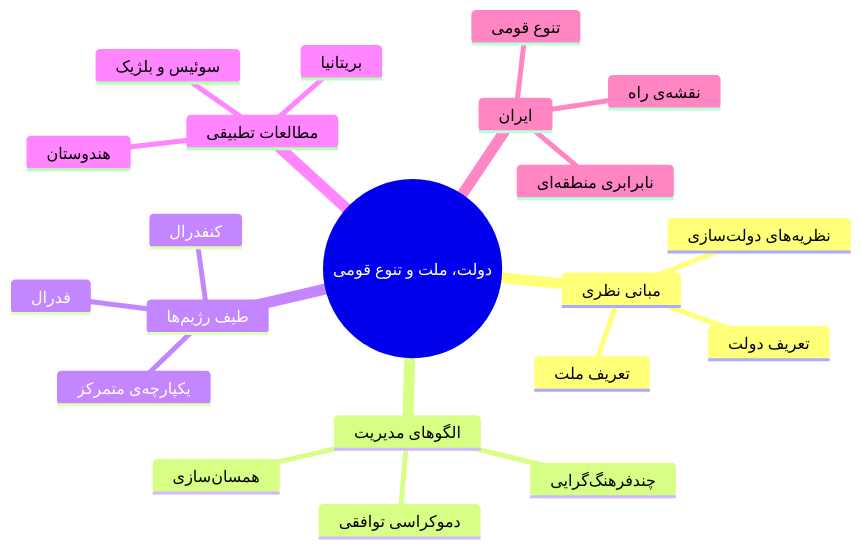
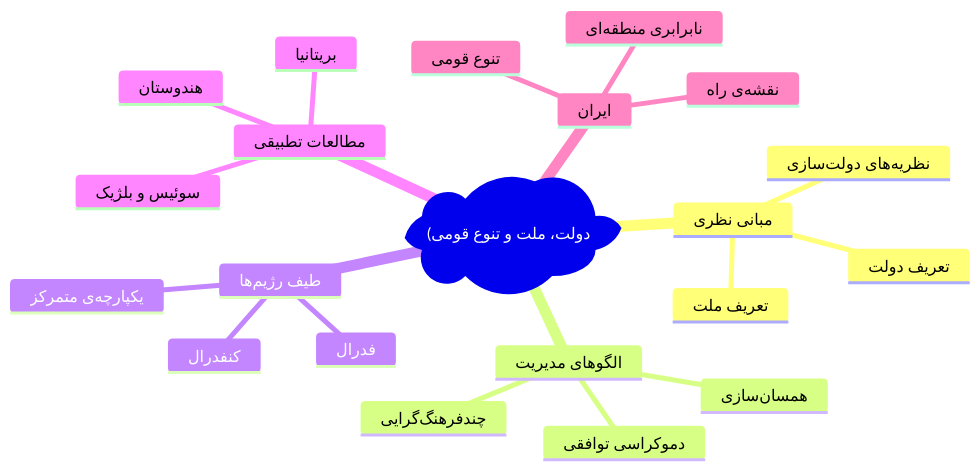
Before and after one commit to mahhdy/MahdiSalem.com: the first of 9 diagrams in src/content/Archive/foundational-politics.md, drawn with Mermaid. The commit also changed other lines of this file and 38 other files, not shown here.

First line of the commit message:
Mermaid Graphs Fixed .. shadow couart some adjustments and text review is done.. telegram Feed is optimized

````diff
--- a/src/content/Archive/foundational-politics.md
+++ b/src/content/Archive/foundational-politics.md
@@ -69,24 +69,24 @@
 ```mermaid
 mindmap
-  root((دولت، ملت و تنوع قومی))
+  root("(دولت، ملت و تنوع قومی"))
     مبانی نظری
       تعریف دولت
       تعریف ملت
       نظریه‌های دولت‌سازی
     الگوهای مدیریت
       همسان‌سازی
       چندفرهنگ‌گرایی
       دموکراسی توافقی
     طیف رژیم‌ها
       یکپارچه‌ی متمرکز
       فدرال
       کنفدرال
     مطالعات تطبیقی
       هندوستان
       بریتانیا
       سوئیس و بلژیک
     ایران
       تنوع قومی
       نابرابری منطقه‌ای
       نقشه‌ی راه
 ```
````
